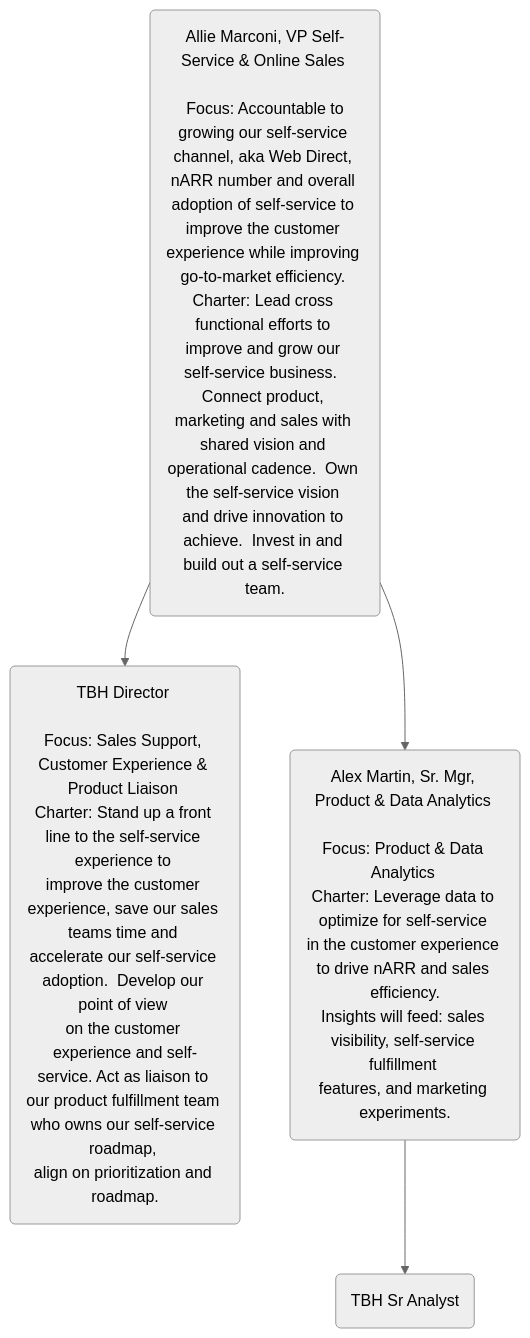
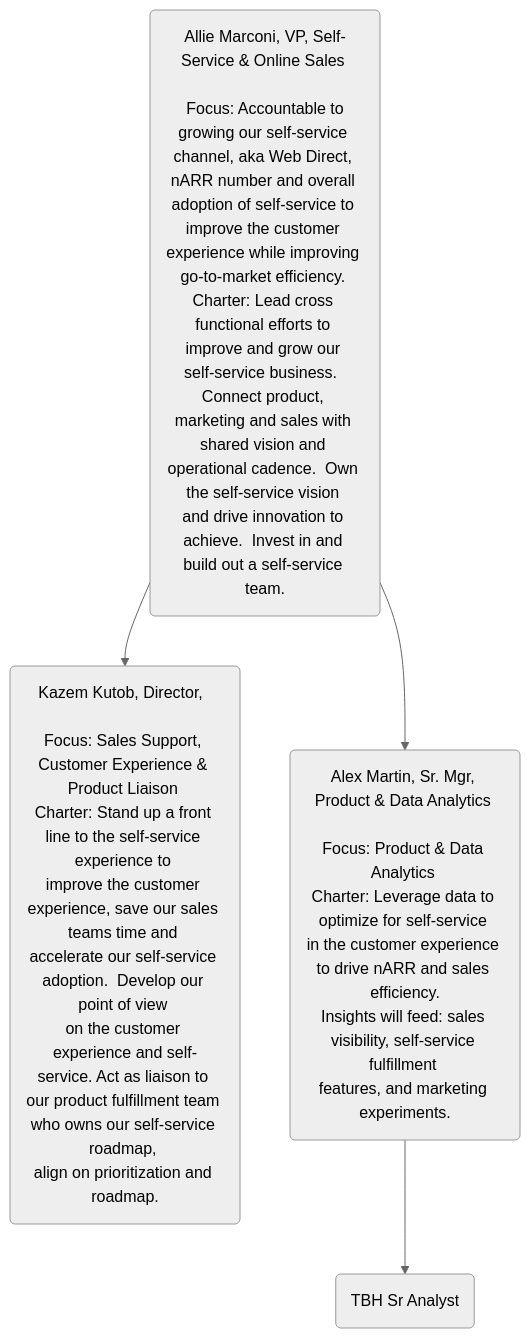
Before and after one commit to secretstartups/handbook: the diagram in sales/self-service/index.html.md, drawn with Mermaid (neutral theme). The commit also changed other lines of this file, not shown here.

````diff
--- a/sales/self-service/index.html.md
+++ b/sales/self-service/index.html.md
@@ -63,7 +83,7 @@
 ```mermaid
 graph TD
-    A(Allie Marconi, VP Self-Service & Online Sales <br>  <br> Focus: Accountable to growing our self-service channel, aka Web Direct, <br>nARR number and overall adoption of self-service to improve the customer <br>experience while improving go-to-market efficiency. <br>Charter: Lead cross functional efforts to improve and grow our <br>self-service business.  Connect product, marketing and sales with <br>shared vision and operational cadence.  Own the self-service vision <br>and drive innovation to achieve.  Invest in and build out a self-service team.) 
-    A --> B(TBH Director <br>  <br>Focus: Sales Support, Customer Experience & Product Liaison <br>Charter: Stand up a front line to the self-service experience to <br>improve the customer experience, save our sales teams time and <br>accelerate our self-service adoption.  Develop our point of view <br>on the customer experience and self-service. Act as liaison to <br>our product fulfillment team who owns our self-service roadmap, <br>align on prioritization and roadmap.) 
+    A(Allie Marconi, VP, Self-Service & Online Sales <br>  <br> Focus: Accountable to growing our self-service channel, aka Web Direct, <br>nARR number and overall adoption of self-service to improve the customer <br>experience while improving go-to-market efficiency. <br>Charter: Lead cross functional efforts to improve and grow our <br>self-service business.  Connect product, marketing and sales with <br>shared vision and operational cadence.  Own the self-service vision <br>and drive innovation to achieve.  Invest in and build out a self-service team.) 
+    A --> B(Kazem Kutob, Director,  <br>  <br>Focus: Sales Support, Customer Experience & Product Liaison <br>Charter: Stand up a front line to the self-service experience to <br>improve the customer experience, save our sales teams time and <br>accelerate our self-service adoption.  Develop our point of view <br>on the customer experience and self-service. Act as liaison to <br>our product fulfillment team who owns our self-service roadmap, <br>align on prioritization and roadmap.) 
     A --> C(Alex Martin, Sr. Mgr, Product & Data Analytics <br>  <br>Focus: Product & Data Analytics <br>Charter: Leverage data to optimize for self-service <br>in the customer experience to drive nARR and sales efficiency.<br>Insights will feed: sales visibility, self-service fulfillment <br>features, and marketing experiments.) 
     C --> D(TBH Sr Analyst)
 ```
````
